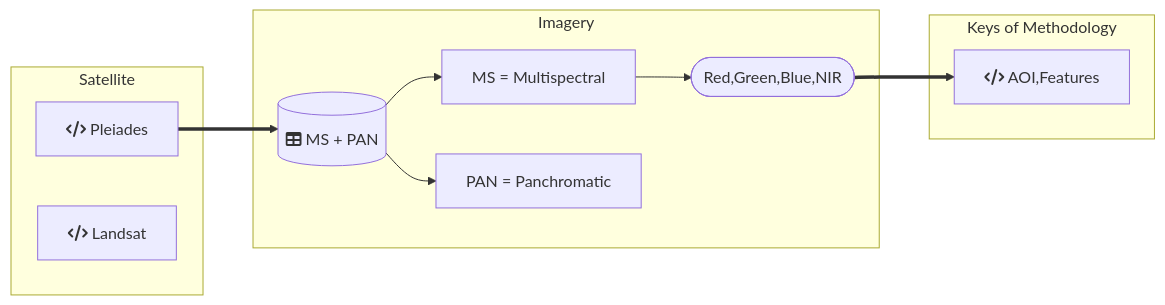
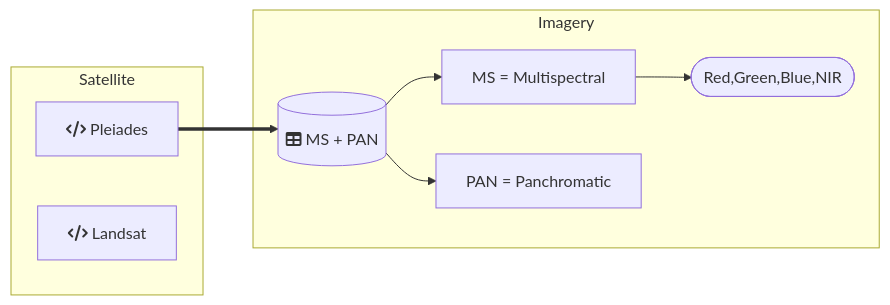
The diagram in README.md (DippoldEJ/Satellite-Datasets), drawn with Mermaid before and after one commit.

````diff
--- a/README.md
+++ b/README.md
@@ -10,25 +10,20 @@
 ```mermaid
 flowchart LR;
 
 subgraph Satellite
     s[fa:fa-code Pleiades]
     a[fa:fa-code Landsat]
     end
 
  subgraph Imagery
         db[(fa:fa-table MS + PAN)]
         m[MS = Multispectral]
         p[PAN = Panchromatic]
         b([Red,Green,Blue,NIR])
     end
 
-subgraph Keys of Methodology
-    c[fa:fa-code AOI,Features]
-    end
-
     s==>db
     db-->m
     db-->p
     m-->b
-    b==>c
 ```
````
